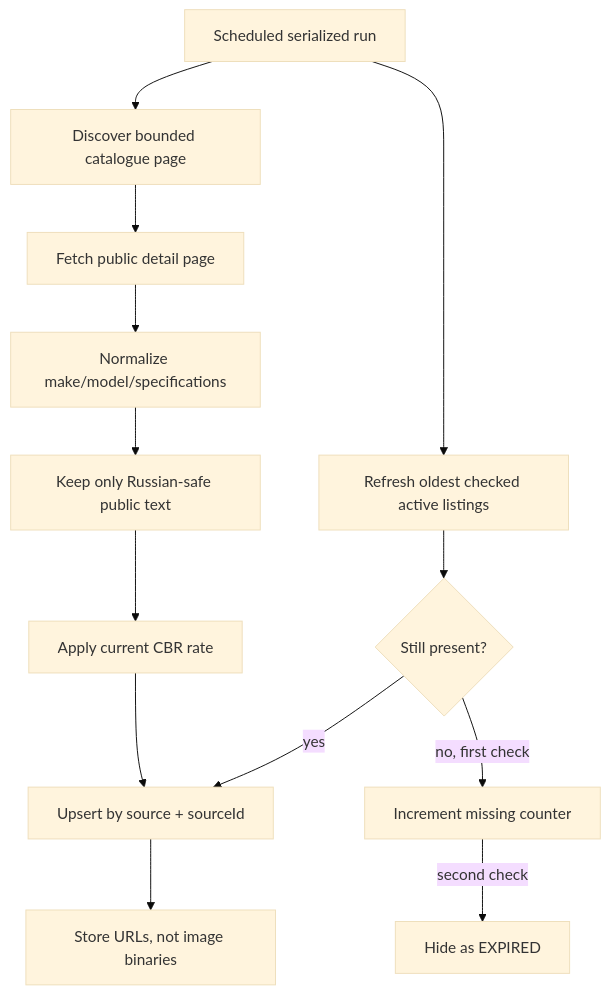
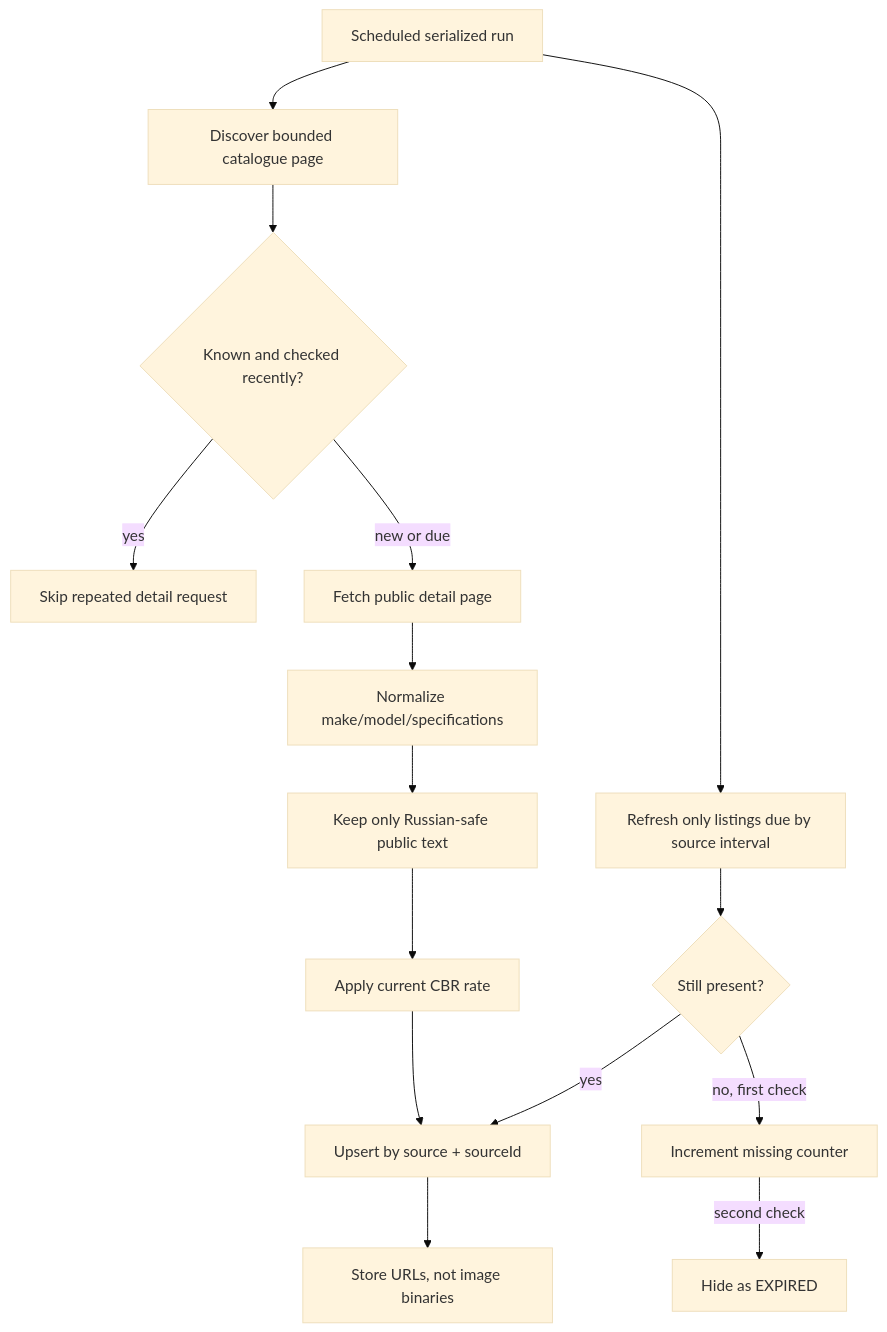
The second of 2 diagrams in docs/PROJECT_GRAPH.md (microsecret/automart), drawn with Mermaid (base theme) before and after one commit. The commit also changed other lines of this file and 9 other files, not shown here.

Commit message:
fix: throttle known auction listings

````diff
--- a/docs/PROJECT_GRAPH.md
+++ b/docs/PROJECT_GRAPH.md
@@ -38,15 +39,17 @@
 ```mermaid
 flowchart TD
   Schedule["Scheduled serialized run"] --> Discover["Discover bounded catalogue page"]
-  Discover --> Detail["Fetch public detail page"]
+  Discover --> Seen{"Known and checked recently?"}
+  Seen -->|yes| Skip["Skip repeated detail request"]
+  Seen -->|new or due| Detail["Fetch public detail page"]
   Detail --> Normalize["Normalize make/model/specifications"]
   Normalize --> Russian["Keep only Russian-safe public text"]
   Russian --> CBR["Apply current CBR rate"]
   CBR --> Upsert["Upsert by source + sourceId"]
   Upsert --> Gallery["Store URLs, not image binaries"]
-  Schedule --> Refresh["Refresh oldest checked active listings"]
+  Schedule --> Refresh["Refresh only listings due by source interval"]
   Refresh --> Present{"Still present?"}
   Present -->|yes| Upsert
   Present -->|no, first check| Confirm["Increment missing counter"]
   Confirm -->|second check| Expire["Hide as EXPIRED"]
 ```
````
